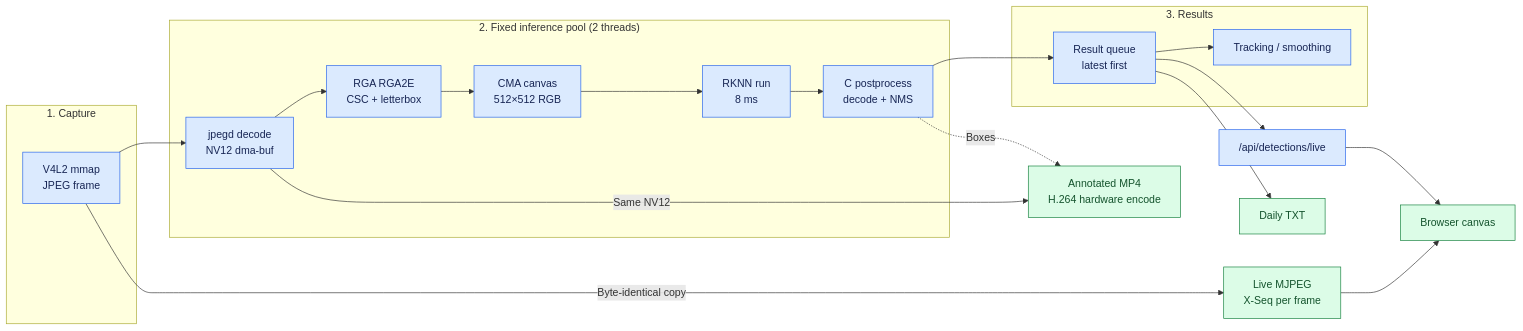
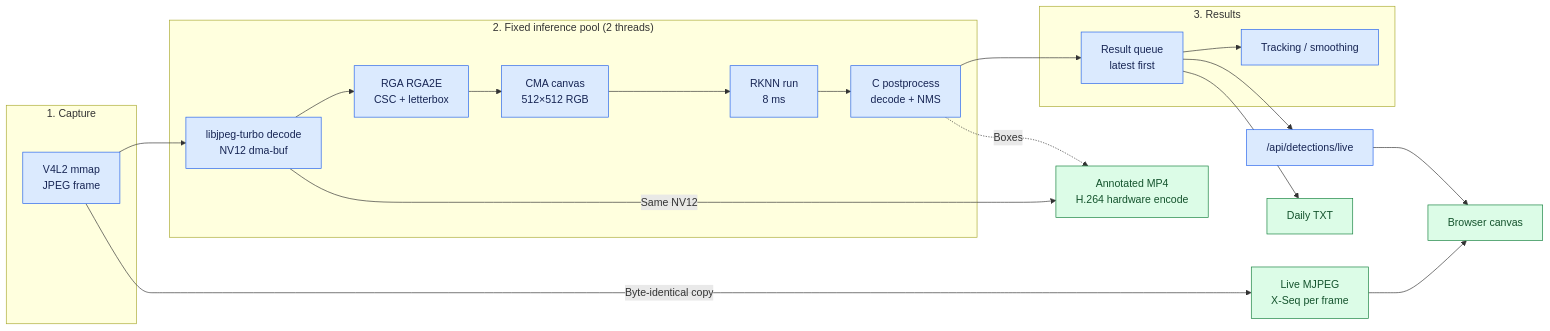
One commit to qianruo-orange/autonomous-driving-car changed the fifth of 6 diagrams in README.md. Above: the diagram before and after it, drawn with Mermaid. The commit also changed other lines of this file and 5 other files, not shown here.

````diff
--- a/README.md
+++ b/README.md
@@ -445,28 +445,28 @@
 ```mermaid
 flowchart LR
     subgraph Capture["1. Capture"]
         Raw["V4L2 mmap<br/>JPEG frame"]
     end
     subgraph Infer["2. Fixed inference pool (2 threads)"]
-        Nv12["jpegd decode<br/>NV12 dma-buf"] --> Rga["RGA RGA2E<br/>CSC + letterbox"]
+        Nv12["libjpeg-turbo decode<br/>NV12 dma-buf"] --> Rga["RGA RGA2E<br/>CSC + letterbox"]
         Rga --> Canvas["CMA canvas<br/>512×512 RGB"]
         Canvas --> Npu["RKNN run<br/>8 ms"]
         Npu --> Post["C postprocess<br/>decode + NMS"]
     end
     subgraph Render["3. Results"]
         Latest["Result queue<br/>latest first"] --> Track["Tracking / smoothing"]
     end
     Raw --> Nv12
     Post --> Latest
     Raw -->|Byte-identical copy| Live["Live MJPEG<br/>X-Seq per frame"]
     Nv12 -->|Same NV12| Annot["Annotated MP4<br/>H.264 hardware encode"]
     Post -.->|Boxes| Annot
     Latest --> Api["/api/detections/live"]
     Api --> Browser["Browser canvas"]
     Live --> Browser
     Latest --> Reports["Daily TXT"]
     classDef process fill:#dbeafe,stroke:#2563eb,color:#172554
     classDef output fill:#dcfce7,stroke:#15803d,color:#14532d
     class Raw,Nv12,Rga,Canvas,Npu,Post,Latest,Track,Api process
     class Live,Annot,Browser,Reports output
 ```
````
